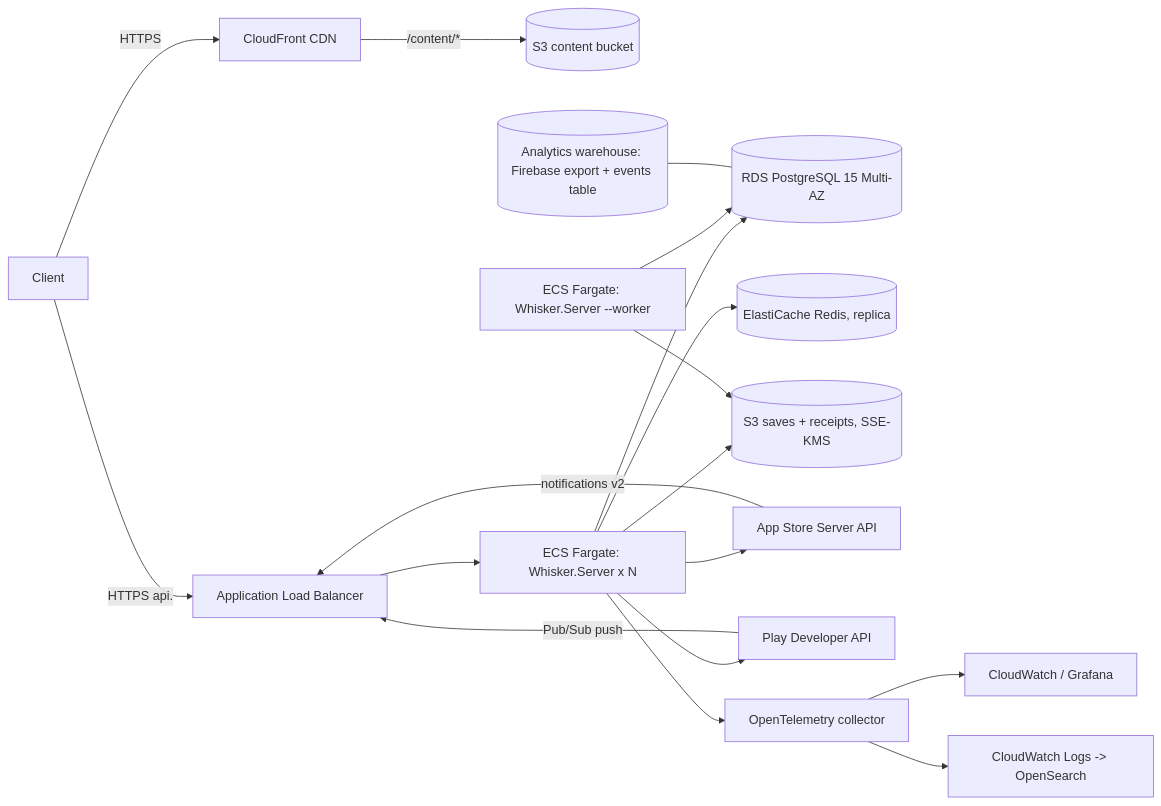
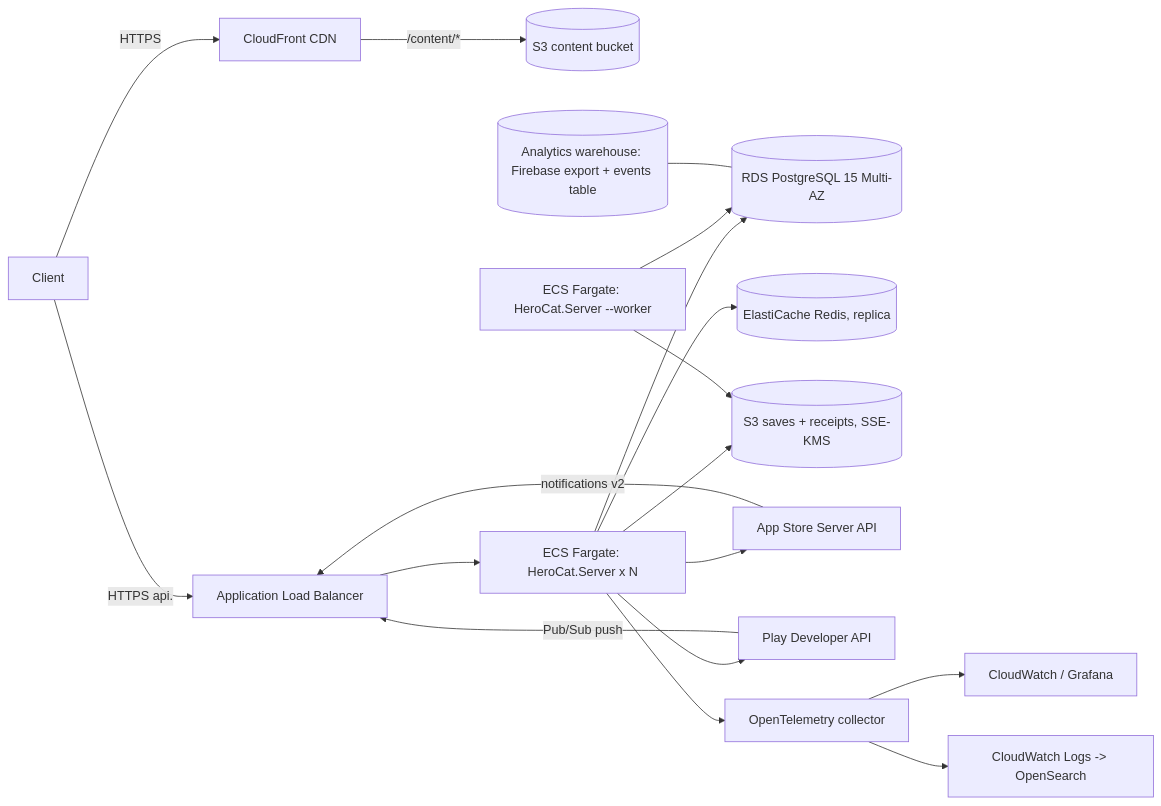
Before and after one commit to kjew2/herocat: the second of 2 diagrams in specs/08-backend-and-live-ops.md, drawn with Mermaid. The commit also changed other lines of this file and 35 other files, not shown here.

First line of the commit message:
Record first spec decisions: HeroCat names, Unity 6, no web build, clean replace

````diff
--- a/specs/08-backend-and-live-ops.md
+++ b/specs/08-backend-and-live-ops.md
@@ -535,20 +535,20 @@
 ```mermaid
 flowchart LR
     Client -->|HTTPS| CF[CloudFront CDN]
     CF -->|/content/*| S3C[(S3 content bucket)]
     Client -->|HTTPS api.| ALB[Application Load Balancer]
-    ALB --> API1[ECS Fargate: Whisker.Server x N]
+    ALB --> API1[ECS Fargate: HeroCat.Server x N]
     API1 --> RDS[(RDS PostgreSQL 15 Multi-AZ)]
     API1 --> Redis[(ElastiCache Redis, replica)]
     API1 --> S3S[(S3 saves + receipts, SSE-KMS)]
     API1 --> Apple[App Store Server API]
     API1 --> Google[Play Developer API]
     Apple -->|notifications v2| ALB
     Google -->|Pub/Sub push| ALB
-    Worker[ECS Fargate: Whisker.Server --worker] --> RDS
+    Worker[ECS Fargate: HeroCat.Server --worker] --> RDS
     Worker --> S3S
     API1 --> OTel[OpenTelemetry collector]
     OTel --> Metrics[CloudWatch / Grafana]
     OTel --> Logs[CloudWatch Logs -> OpenSearch]
     Warehouse[(Analytics warehouse: Firebase export + events table)] --- RDS
 ```
````
